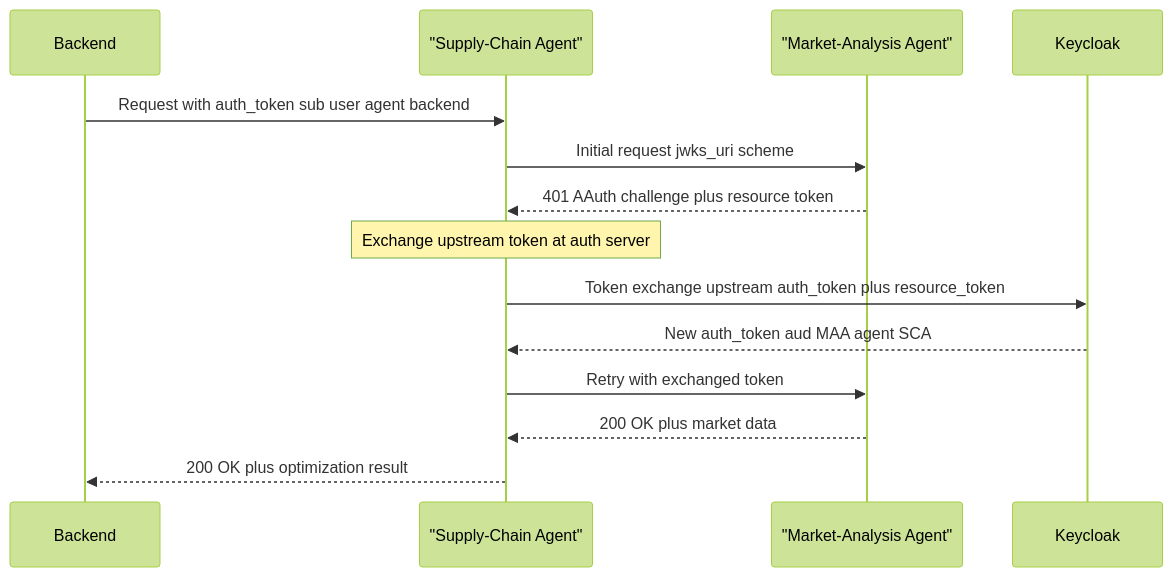
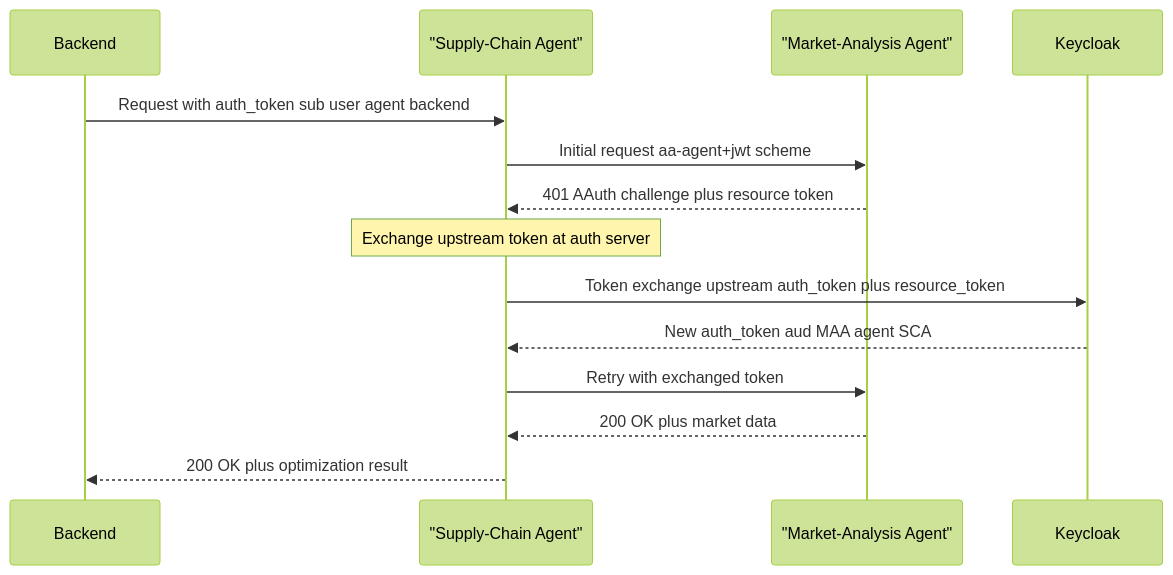
The diagram in docs/agent-token-exchange.md (christian-posta/aauth-full-demo), drawn with Mermaid (forest theme) before and after one commit. The commit also changed other lines of this file and 7 other files, not shown here.

````diff
--- a/docs/agent-token-exchange.md
+++ b/docs/agent-token-exchange.md
@@ -23,19 +23,19 @@
 ```mermaid
 sequenceDiagram
     participant BE as Backend
     participant SCA as "Supply-Chain Agent"
     participant MAA as "Market-Analysis Agent"
     participant KC as Keycloak
 
     BE->>SCA: Request with auth_token sub user agent backend
-    SCA->>MAA: Initial request jwks_uri scheme
+    SCA->>MAA: Initial request aa-agent+jwt scheme
     MAA-->>SCA: 401 AAuth challenge plus resource token
     
     Note over SCA: Exchange upstream token at auth server
     SCA->>KC: Token exchange upstream auth_token plus resource_token
     KC-->>SCA: New auth_token aud MAA agent SCA
     
     SCA->>MAA: Retry with exchanged token
     MAA-->>SCA: 200 OK plus market data
     SCA-->>BE: 200 OK plus optimization result
 ```
````
